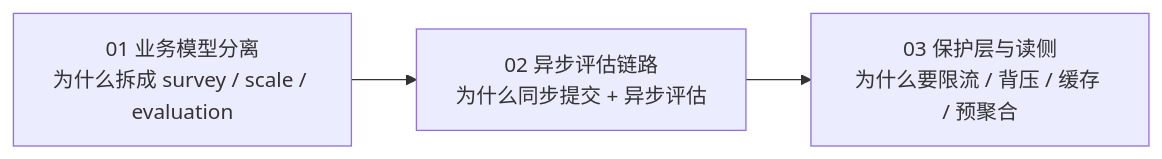
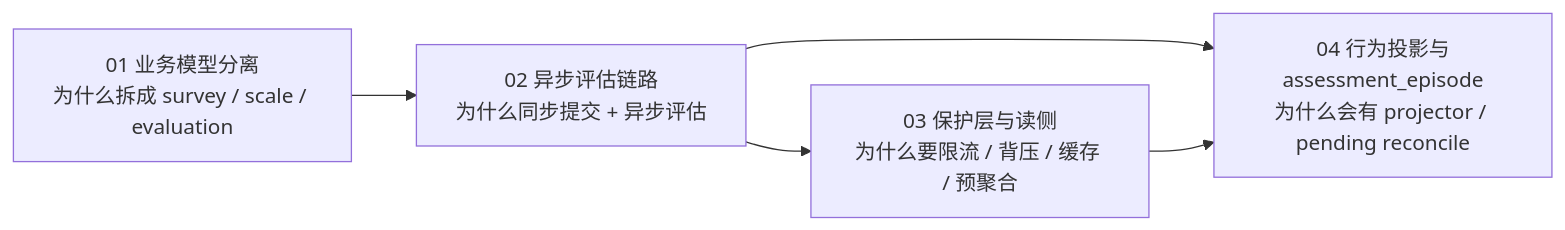
One commit to FangcunMount/qs-server changed the diagram in docs/05-专题分析/README.md. Above: the diagram before and after it, drawn with Mermaid. The commit also changed other lines of this file and 6 other files, not shown here.

````diff
--- a/docs/05-专题分析/README.md
+++ b/docs/05-专题分析/README.md
@@ -37,9 +37,12 @@
 ```mermaid
 flowchart LR
     model[01 业务模型分离\n为什么拆成 survey / scale / evaluation]
     async[02 异步评估链路\n为什么同步提交 + 异步评估]
     protection[03 保护层与读侧\n为什么要限流 / 背压 / 缓存 / 预聚合]
+    projector[04 行为投影与assessment_episode\n为什么会有 projector / pending reconcile]
 
     model --> async
     async --> protection
+    async --> projector
+    protection --> projector
 ```
````
